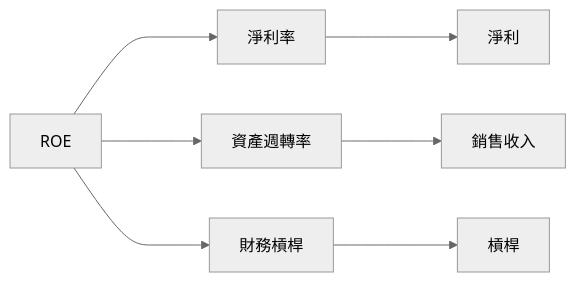
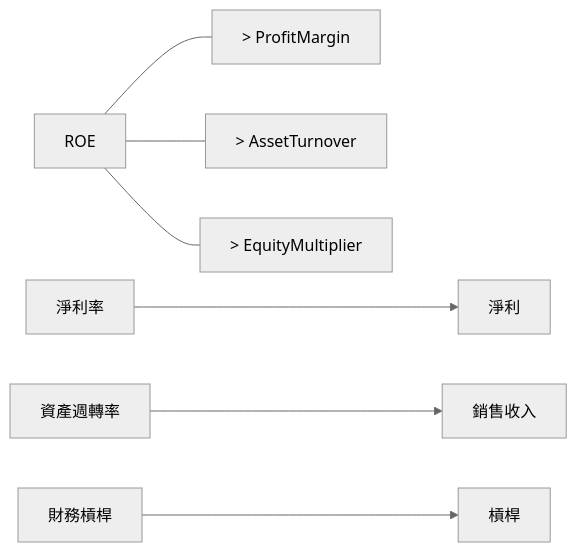
Before and after one commit to yennanliu/finance_data: the ninth of 14 diagrams in ai_gen_report/stock/ktos/fundamental_analysis_2026-04-10_openai.md, drawn with Mermaid (neutral theme). The commit also changed 2258 other files, not shown here.

First line of the commit message:
chore: backfill Mermaid syntax repair across existing reports

````diff
--- a/ai_gen_report/stock/ktos/fundamental_analysis_2026-04-10_openai.md
+++ b/ai_gen_report/stock/ktos/fundamental_analysis_2026-04-10_openai.md
@@ -424,15 +424,15 @@
 ```mermaid
 graph LR
     ROE["ROE"]
     ProfitMargin["淨利率"]
     AssetTurnover["資產週轉率"]
     EquityMultiplier["財務槓桿"]
 
-    ROE ---> ProfitMargin
-    ROE ---> AssetTurnover
-    ROE ---> EquityMultiplier
+    ROE --- nb1["> ProfitMargin"]
+    ROE --- nb2["> AssetTurnover"]
+    ROE --- nb3["> EquityMultiplier"]
 
     ProfitMargin ---> NetIncome["淨利"]
     AssetTurnover ---> Sales["銷售收入"]
     EquityMultiplier ---> Leverage["槓桿"]
 ```
````
